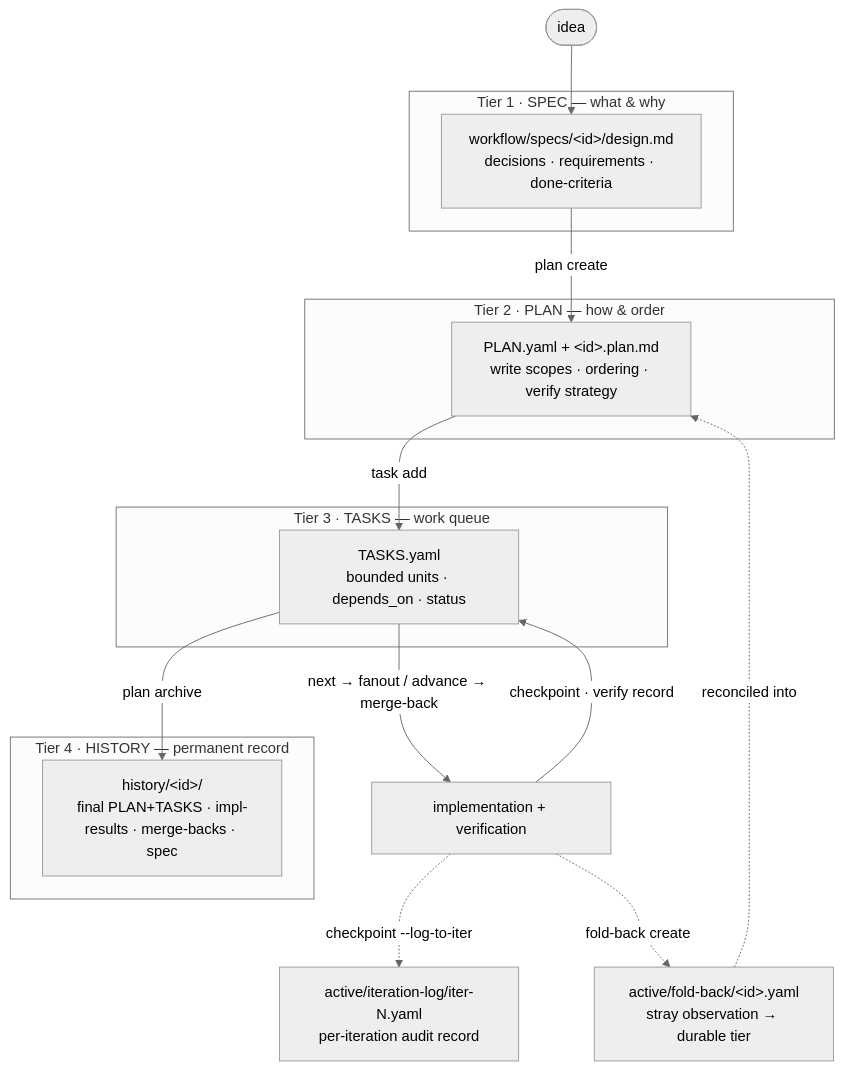
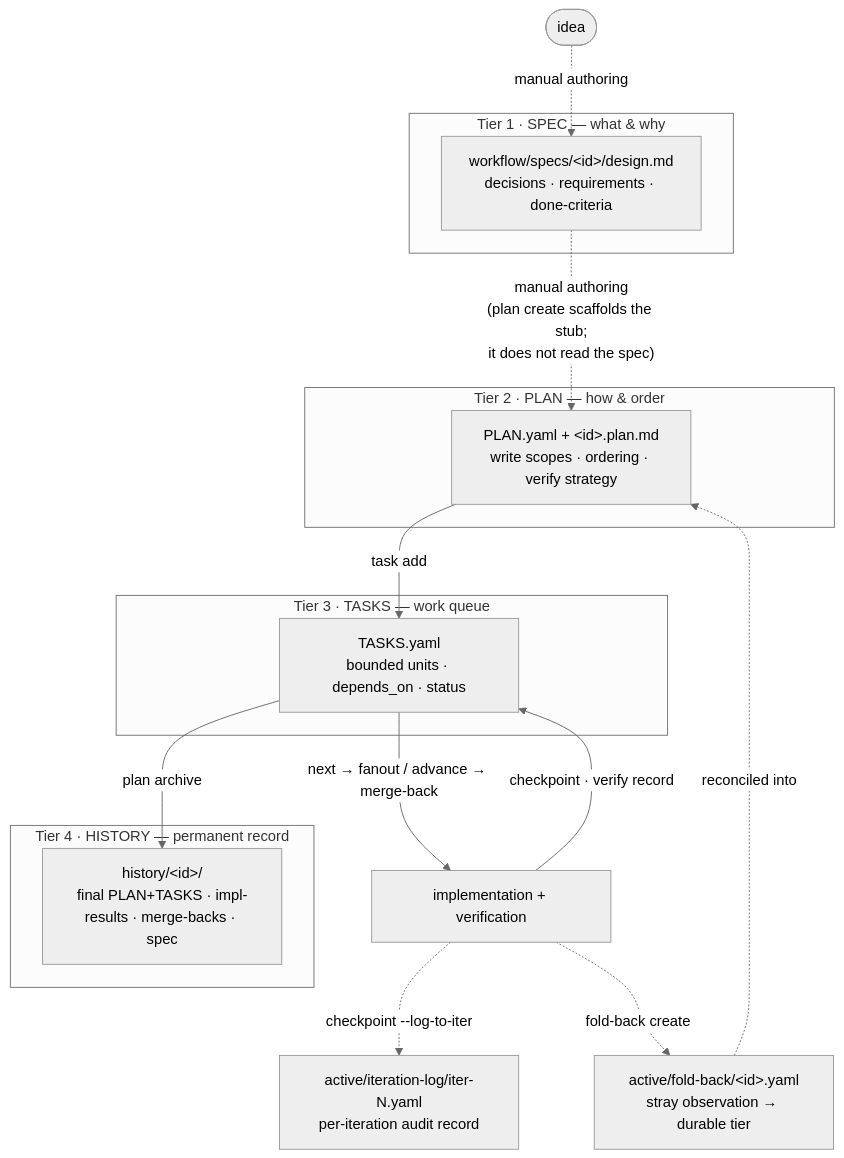
Before and after one commit to AGOrcha/dot-agents: the diagram in docs/concepts/workflow-artifact-model.md, drawn with Mermaid (neutral theme). The commit also changed other lines of this file, not shown here.

````diff
--- a/docs/concepts/workflow-artifact-model.md
+++ b/docs/concepts/workflow-artifact-model.md
@@ -107,30 +118,30 @@
 ```mermaid
 flowchart TB
     idea([idea])
 
     subgraph T1["Tier 1 · SPEC — what & why"]
         spec["workflow/specs/&lt;id&gt;/design.md<br/>decisions · requirements · done-criteria"]
     end
     subgraph T2["Tier 2 · PLAN — how & order"]
         plan["PLAN.yaml + &lt;id&gt;.plan.md<br/>write scopes · ordering · verify strategy"]
     end
     subgraph T3["Tier 3 · TASKS — work queue"]
         tasks["TASKS.yaml<br/>bounded units · depends_on · status"]
     end
     subgraph T4["Tier 4 · HISTORY — permanent record"]
         hist["history/&lt;id&gt;/<br/>final PLAN+TASKS · impl-results · merge-backs · spec"]
     end
 
-    idea --> spec
-    spec -->|"plan create"| plan
+    idea -.->|"manual authoring"| spec
+    spec -.->|"manual authoring<br/>(plan create scaffolds the stub;<br/>it does not read the spec)"| plan
     plan -->|"task add"| tasks
     tasks -->|"next → fanout / advance → merge-back"| impl["implementation + verification"]
     impl -->|"checkpoint · verify record"| tasks
     tasks -->|"plan archive"| hist
 
     iter["active/iteration-log/iter-N.yaml<br/>per-iteration audit record"]
     fb["active/fold-back/&lt;id&gt;.yaml<br/>stray observation → durable tier"]
     impl -.->|"checkpoint --log-to-iter"| iter
     impl -.->|"fold-back create"| fb
     fb -.->|"reconciled into"| plan
 ```
````
